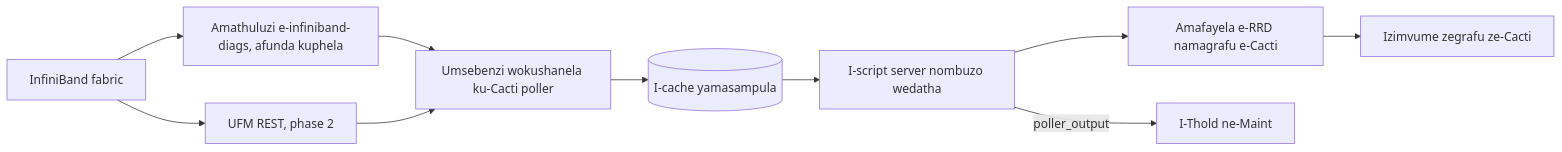
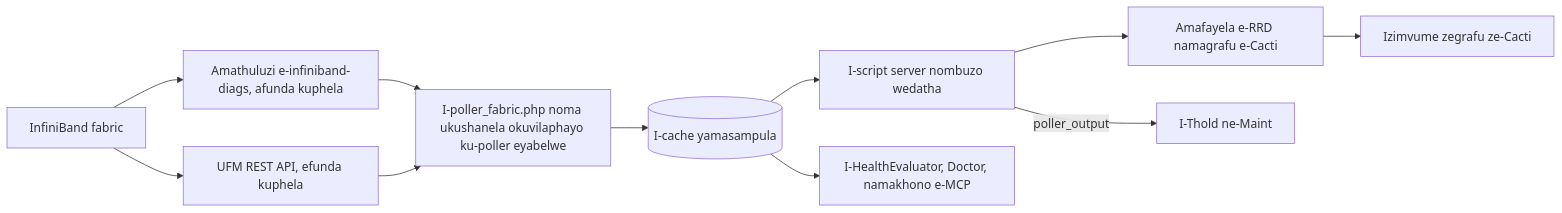
One commit to somethingwithproof/plugin_fabric changed the diagram in docs/i18n/zu-ZA/README.md. Above: the diagram before and after it, drawn with Mermaid. The commit also changed other lines of this file and 48 other files, not shown here.

````diff
--- a/docs/i18n/zu-ZA/README.md
+++ b/docs/i18n/zu-ZA/README.md
@@ -102,12 +132,13 @@
 ```mermaid
 flowchart LR
     F[InfiniBand fabric] --> T[Amathuluzi e-infiniband-diags, afunda kuphela]
-    F --> U[UFM REST, phase 2]
-    T --> S[Umsebenzi wokushanela ku-Cacti poller]
+    F --> U[UFM REST API, efunda kuphela]
+    T --> S[I-poller_fabric.php noma ukushanela okuvilaphayo ku-poller eyabelwe]
     U --> S
     S --> C[(I-cache yamasampula)]
     C --> SS[I-script server nombuzo wedatha]
     SS --> R[Amafayela e-RRD namagrafu e-Cacti]
     SS -->|poller_output| TH[I-Thold ne-Maint]
+    C --> H[I-HealthEvaluator, Doctor, namakhono e-MCP]
     R --> P[Izimvume zegrafu ze-Cacti]
 ```
````
